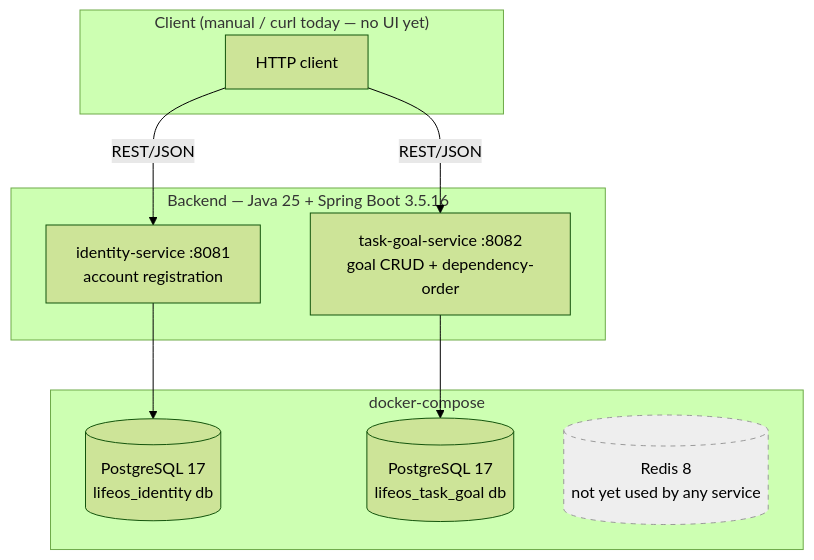
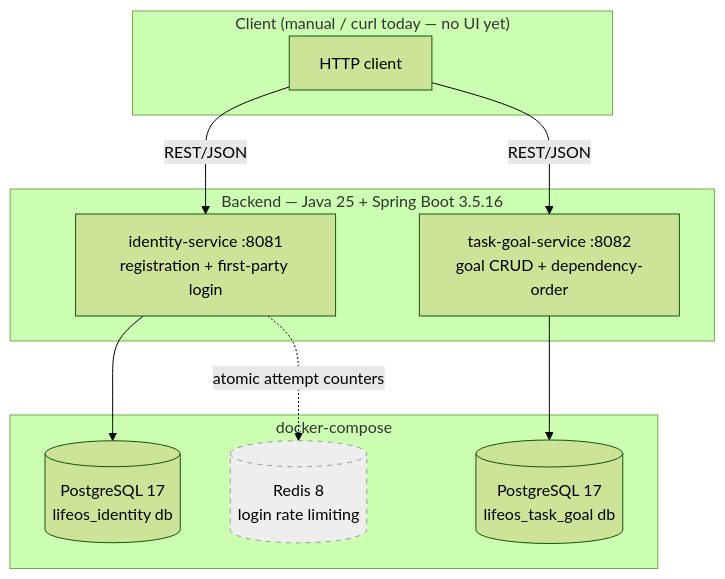
Before and after one commit to tdespenza/lifeos: the diagram in docs/diagrams/current-architecture.md, drawn with Mermaid (forest theme). The commit also changed other lines of this file and 54 other files, not shown here.

First line of the commit message:
Implement Story 1.2 first-party email/password login (#238)

````diff
--- a/docs/diagrams/current-architecture.md
+++ b/docs/diagrams/current-architecture.md
@@ -5,24 +5,25 @@
 ```mermaid
 graph TD
     subgraph Client["Client (manual / curl today — no UI yet)"]
         C[HTTP client]
     end
 
     subgraph Services["Backend — Java 25 + Spring Boot 3.5.16"]
-        I["identity-service :8081<br/>account registration"]
+        I["identity-service :8081<br/>registration + first-party login"]
         T["task-goal-service :8082<br/>goal CRUD + dependency-order"]
     end
 
     subgraph Data["docker-compose"]
         PG[("PostgreSQL 17<br/>lifeos_identity db")]
         PG2[("PostgreSQL 17<br/>lifeos_task_goal db")]
-        R[("Redis 8<br/>not yet used by any service")]
+        R[("Redis 8<br/>login rate limiting")]
     end
 
     C -->|REST/JSON| I
     C -->|REST/JSON| T
     I --> PG
+    I -.->|atomic attempt counters| R
     T --> PG2
 
     style R fill:#eee,stroke:#999,stroke-dasharray: 5 5
 ```
````
